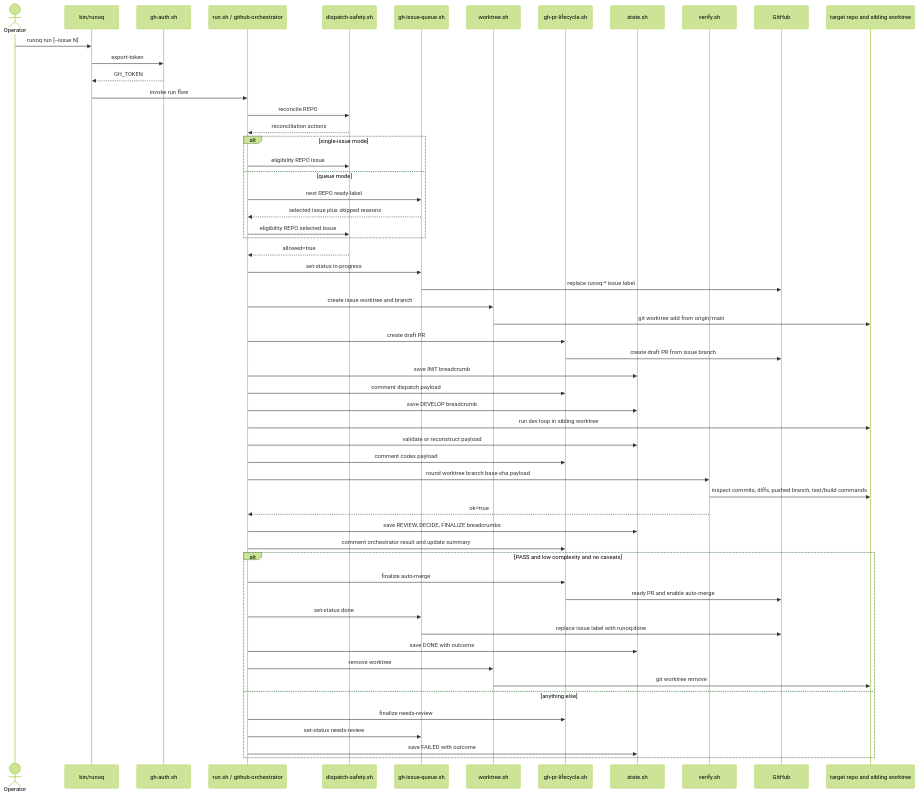
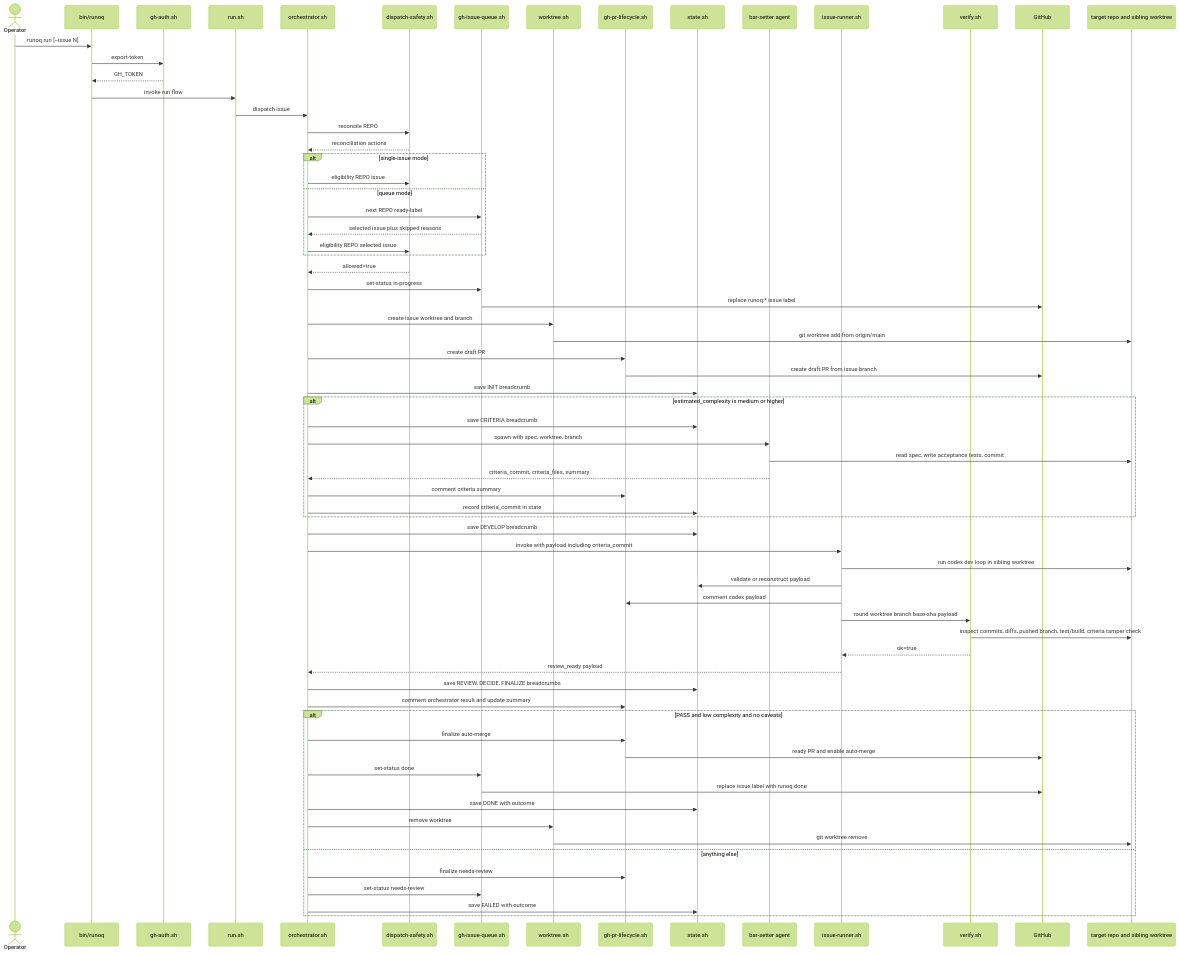
One commit to morhekil/runoq changed the second of 8 diagrams in docs/architecture/flows.md. Above: the diagram before and after it, drawn with Mermaid (forest theme). The commit also changed other lines of this file and 6 other files, not shown here.

Commit message:
Document adversarial workflow: ADR, architecture updates, reference docs

````diff
--- a/docs/architecture/flows.md
+++ b/docs/architecture/flows.md
@@ -58,60 +55,73 @@
 ```mermaid
 sequenceDiagram
   actor Operator
   participant CLI as bin/runoq
   participant Auth as gh-auth.sh
-  participant Run as run.sh / github-orchestrator
+  participant Run as run.sh
+  participant Orch as orchestrator.sh
   participant Safety as dispatch-safety.sh
   participant Queue as gh-issue-queue.sh
   participant WT as worktree.sh
   participant PR as gh-pr-lifecycle.sh
   participant State as state.sh
+  participant BarSet as bar-setter agent
+  participant IssRun as issue-runner.sh
   participant Verify as verify.sh
   participant GH as GitHub
   participant FS as target repo and sibling worktree
 
   Operator->>CLI: runoq run [--issue N]
   CLI->>Auth: export-token
   Auth-->>CLI: GH_TOKEN
   CLI->>Run: invoke run flow
-  Run->>Safety: reconcile REPO
-  Safety-->>Run: reconciliation actions
+  Run->>Orch: dispatch issue
+  Orch->>Safety: reconcile REPO
+  Safety-->>Orch: reconciliation actions
   alt single-issue mode
-    Run->>Safety: eligibility REPO issue
+    Orch->>Safety: eligibility REPO issue
   else queue mode
-    Run->>Queue: next REPO ready-label
-    Queue-->>Run: selected issue plus skipped reasons
-    Run->>Safety: eligibility REPO selected issue
+    Orch->>Queue: next REPO ready-label
+    Queue-->>Orch: selected issue plus skipped reasons
+    Orch->>Safety: eligibility REPO selected issue
   end
-  Safety-->>Run: allowed=true
-  Run->>Queue: set-status in-progress
+  Safety-->>Orch: allowed=true
+  Orch->>Queue: set-status in-progress
   Queue->>GH: replace runoq:* issue label
-  Run->>WT: create issue worktree and branch
+  Orch->>WT: create issue worktree and branch
   WT->>FS: git worktree add from origin/main
-  Run->>PR: create draft PR
+  Orch->>PR: create draft PR
   PR->>GH: create draft PR from issue branch
-  Run->>State: save INIT breadcrumb
-  Run->>PR: comment dispatch payload
-  Run->>State: save DEVELOP breadcrumb
-  Run->>FS: run dev loop in sibling worktree
-  Run->>State: validate or reconstruct payload
-  Run->>PR: comment codex payload
-  Run->>Verify: round worktree branch base-sha payload
-  Verify->>FS: inspect commits, diffs, pushed branch, test/build commands
-  Verify-->>Run: ok=true
-  Run->>State: save REVIEW, DECIDE, FINALIZE breadcrumbs
-  Run->>PR: comment orchestrator result and update summary
+  Orch->>State: save INIT breadcrumb
+  alt estimated_complexity is medium or higher
+    Orch->>State: save CRITERIA breadcrumb
+    Orch->>BarSet: spawn with spec, worktree, branch
+    BarSet->>FS: read spec, write acceptance tests, commit
+    BarSet-->>Orch: criteria_commit, criteria_files, summary
+    Orch->>PR: comment criteria summary
+    Orch->>State: record criteria_commit in state
+  end
+  Orch->>State: save DEVELOP breadcrumb
+  Orch->>IssRun: invoke with payload including criteria_commit
+  IssRun->>FS: run codex dev loop in sibling worktree
+  IssRun->>State: validate or reconstruct payload
+  IssRun->>PR: comment codex payload
+  IssRun->>Verify: round worktree branch base-sha payload
+  Verify->>FS: inspect commits, diffs, pushed branch, test/build, criteria tamper check
+  Verify-->>IssRun: ok=true
+  IssRun-->>Orch: review_ready payload
+  Orch->>State: save REVIEW, DECIDE, FINALIZE breadcrumbs
+  Orch->>PR: comment orchestrator result and update summary
   alt PASS and low complexity and no caveats
-    Run->>PR: finalize auto-merge
+    Orch->>PR: finalize auto-merge
     PR->>GH: ready PR and enable auto-merge
-    Run->>Queue: set-status done
+    Orch->>Queue: set-status done
     Queue->>GH: replace issue label with runoq:done
-    Run->>State: save DONE with outcome
-    Run->>WT: remove worktree
+    Orch->>State: save DONE with outcome
+    Orch->>WT: remove worktree
     WT->>FS: git worktree remove
   else anything else
-    Run->>PR: finalize needs-review
-    Run->>Queue: set-status needs-review
-    Run->>State: save FAILED with outcome
+    Orch->>PR: finalize needs-review
+    Orch->>Queue: set-status needs-review
+    Orch->>State: save FAILED with outcome
   end
 ```
````
